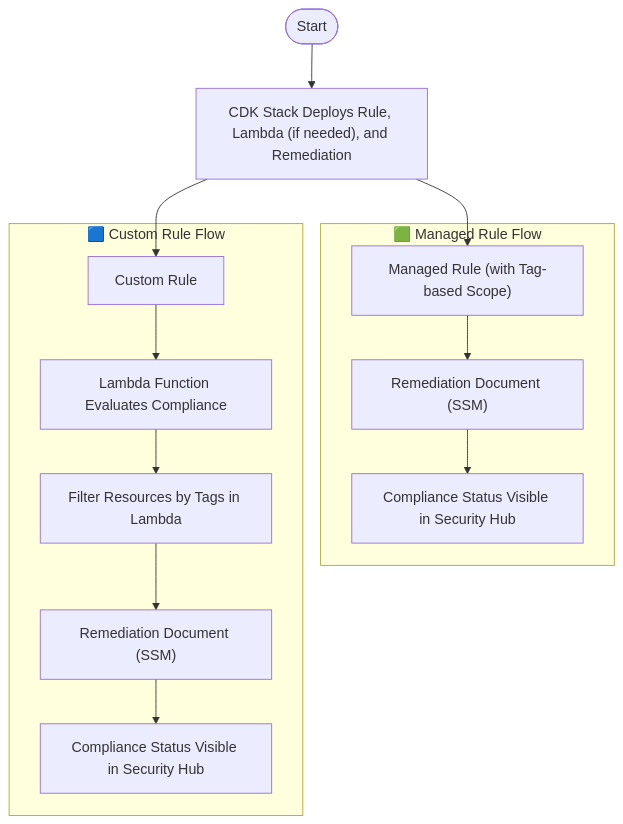
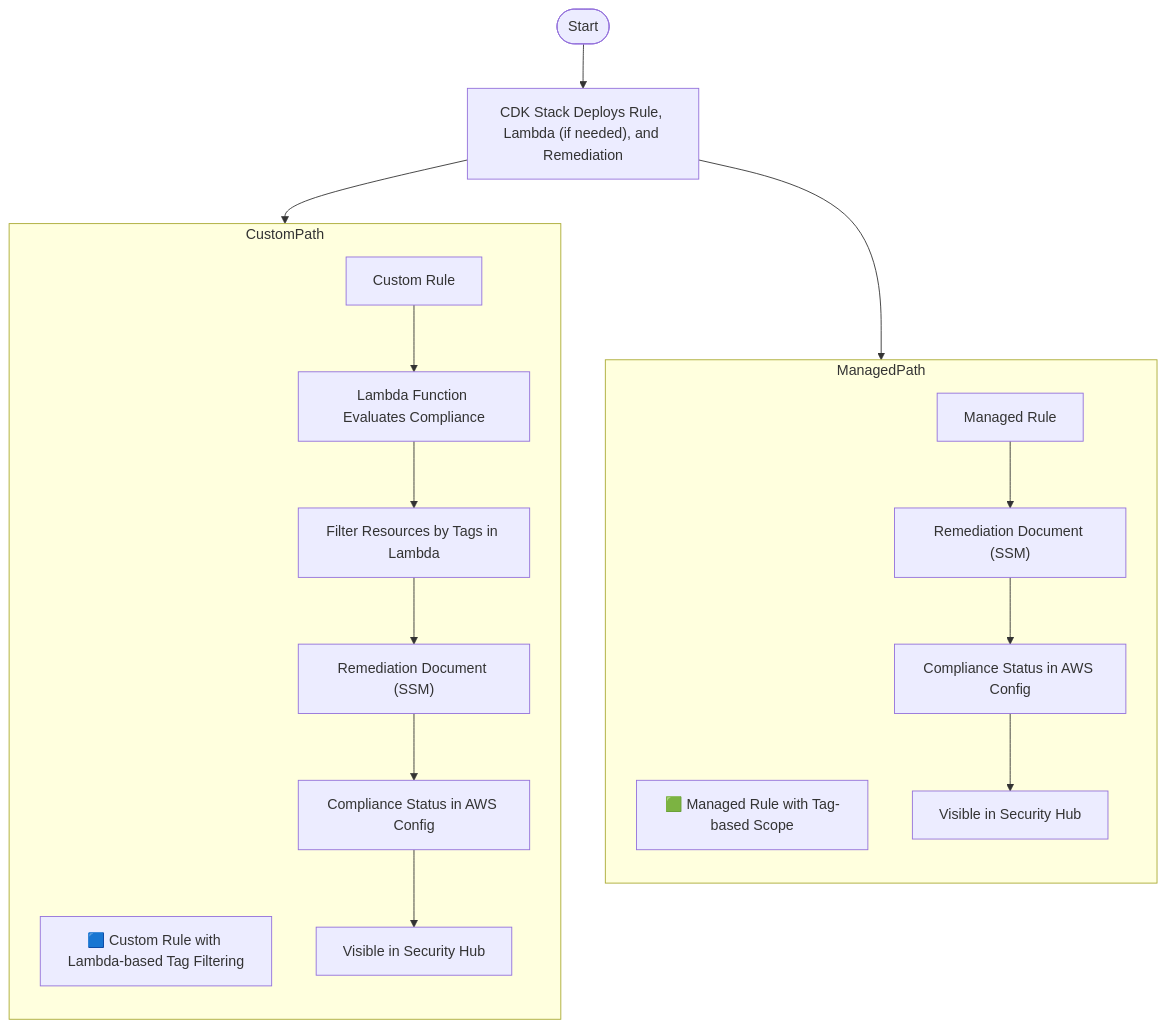
Before and after one commit to vchinnap/vchinnap-discussions: the third of 3 diagrams in src/config/config-flow.md, drawn with Mermaid.

````diff
--- a/src/config/config-flow.md
+++ b/src/config/config-flow.md
@@ -38,19 +38,29 @@
 ```mermaid
 flowchart TD
     A([Start]) --> B["CDK Stack Deploys Rule, Lambda (if needed), and Remediation"]
 
-    B --> C["Managed Rule (with Tag-based Scope)"]
-    B --> D["Custom Rule"]
-
-    subgraph ManagedPath ["🟩 Managed Rule Flow"]
+    %% Managed Rule Subgraph
+    subgraph ManagedPath
+        direction TB
+        T1["🟩 Managed Rule with Tag-based Scope"]
+        C["Managed Rule"]
         C --> E["Remediation Document (SSM)"]
-        E --> F["Compliance Status Visible in Security Hub"]
+        E --> FC["Compliance Status in AWS Config"]
+        FC --> F["Visible in Security Hub"]
     end
 
-    subgraph CustomPath ["🟦 Custom Rule Flow"]
+    %% Custom Rule Subgraph
+    subgraph CustomPath
+        direction TB
+        T2["🟦 Custom Rule with Lambda-based Tag Filtering"]
+        D["Custom Rule"]
         D --> G["Lambda Function Evaluates Compliance"]
         G --> G1["Filter Resources by Tags in Lambda"]
         G1 --> H["Remediation Document (SSM)"]
-        H --> I["Compliance Status Visible in Security Hub"]
+        H --> HC["Compliance Status in AWS Config"]
+        HC --> I["Visible in Security Hub"]
     end
+
+    B --> C
+    B --> D
 ```
````
